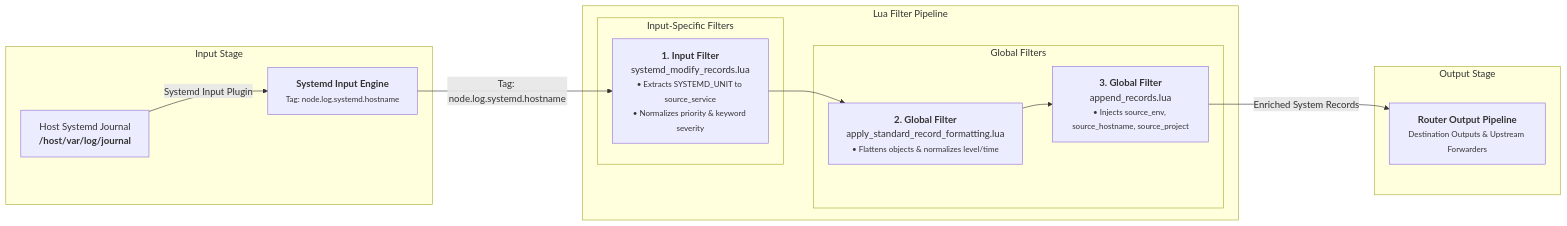
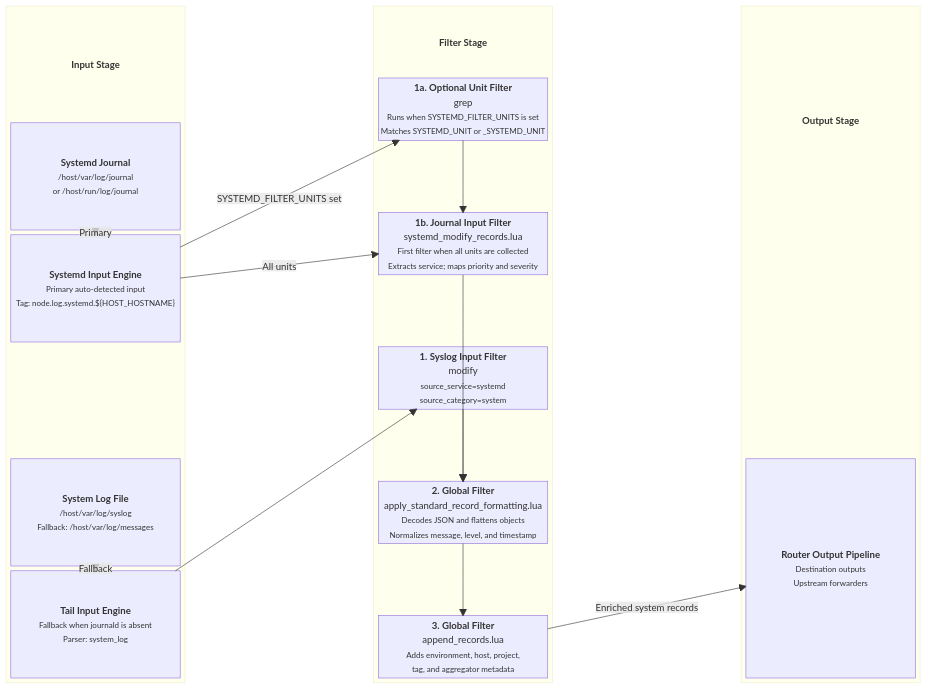
The diagram in docs/input-systemd.md (Josh5/fluent-bit-router), drawn with Mermaid before and after one commit. The commit also changed 11 other files, not shown here.

Commit message:
Improvements to the mermaid diagrams

````diff
--- a/docs/input-systemd.md
+++ b/docs/input-systemd.md
@@ -112,36 +112,54 @@
 ```mermaid
-flowchart LR
-    %% TOP BLOCK: INPUT STAGE
-    subgraph InputStage [Input Stage]
-        A["Host Systemd Journal<br><b>/host/var/log/journal</b>"] -->|Systemd Input Plugin| B["<b>Systemd Input Engine</b><br><small>Tag: node.log.systemd.hostname</small>"]
+block-beta
+    columns 5
+
+    block:InputStage
+        columns 1
+        InputTitle["<b>Input Stage</b>"]
+        A["<b>Systemd Journal</b><br/><small>/host/var/log/journal<br/>or /host/run/log/journal</small>"]
+        B["<b>Systemd Input Engine</b><br/><small>Primary auto-detected input<br/>Tag: node.log.systemd.${HOST_HOSTNAME}</small>"]
+        space
+        C["<b>System Log File</b><br/><small>/host/var/log/syslog<br/>Fallback: /host/var/log/messages</small>"]
+        D["<b>Tail Input Engine</b><br/><small>Fallback when journald is absent<br/>Parser: system_log</small>"]
     end
 
-    %% Drop down connection to filter pipeline
-    B -->|Tag: node.log.systemd.hostname| C
+    space
 
-    %% MIDDLE BLOCK: LUA FILTER PIPELINE
-    subgraph FilterPipeline [Lua Filter Pipeline]
-        subgraph LocalFilter [Input-Specific Filters]
-            C["<b>1. Input Filter</b><br>systemd_modify_records.lua<br><small>• Extracts SYSTEMD_UNIT to source_service<br>• Normalizes priority & keyword severity</small>"]
-        end
-
-        C --> D
-
-        subgraph GlobalFilters [Global Filters]
-            D["<b>2. Global Filter</b><br>apply_standard_record_formatting.lua<br><small>• Flattens objects & normalizes level/time</small>"]
-            --> E["<b>3. Global Filter</b><br>append_records.lua<br><small>• Injects source_env, source_hostname, source_project</small>"]
-        end
+    block:FilterStage
+        columns 1
+        FilterTitle["<b>Filter Stage</b>"]
+        E["<b>1a. Optional Unit Filter</b><br/>grep<br/><small>Runs when SYSTEMD_FILTER_UNITS is set<br/>Matches SYSTEMD_UNIT or _SYSTEMD_UNIT</small>"]
+        space
+        F["<b>1b. Journal Input Filter</b><br/>systemd_modify_records.lua<br/><small>First filter when all units are collected<br/>Extracts service; maps priority and severity</small>"]
+        space
+        G["<b>1. Syslog Input Filter</b><br/>modify<br/><small>source_service=systemd<br/>source_category=system</small>"]
+        space
+        H["<b>2. Global Filter</b><br/>apply_standard_record_formatting.lua<br/><small>Decodes JSON and flattens objects<br/>Normalizes message, level, and timestamp</small>"]
+        space
+        I["<b>3. Global Filter</b><br/>append_records.lua<br/><small>Adds environment, host, project,<br/>tag, and aggregator metadata</small>"]
     end
 
-    %% Drop down connection to output stage
-    E -->|Enriched System Records| F
+    space
 
-    %% BOTTOM BLOCK: OUTPUT STAGE
-    subgraph OutputStage [Output Stage]
-        F["<b>Router Output Pipeline</b><br><small>Destination Outputs & Upstream Forwarders</small>"]
+    block:OutputStage
+        columns 1
+        OutputTitle["<b>Output Stage</b>"]
+        space
+        J["<b>Router Output Pipeline</b><br/><small>Destination outputs<br/>Upstream forwarders</small>"]
     end
 
-    %% Structural layout constraints
-    InputStage ~~~ FilterPipeline
-    FilterPipeline ~~~ OutputStage
+    A -- "Primary" --> B
+    C -- "Fallback" --> D
+    B -- "All units" --> F
+    B -- "SYSTEMD_FILTER_UNITS set" --> E
+    E --> F
+    D --> G
+    F --> H
+    G --> H
+    H --> I
+    I -- "Enriched system records" --> J
+
+    style InputTitle fill:none,stroke:none
+    style FilterTitle fill:none,stroke:none
+    style OutputTitle fill:none,stroke:none
 ```
````
